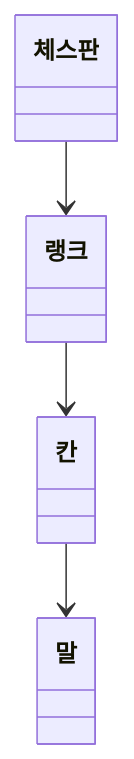
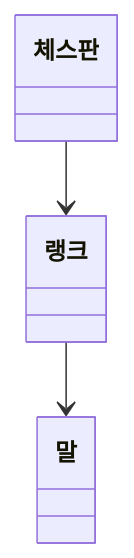
The diagram in README.md (woowacourse/java-chess), drawn with Mermaid before and after one commit. The commit also changed other lines of this file, not shown here.

````diff
--- a/README.md
+++ b/README.md
@@ -39,6 +56,5 @@
 ```mermaid
 classDiagram
     체스판 --> 랭크
-    랭크 --> 칸
-    칸 --> 말
+    랭크 --> 말
 ```
````
